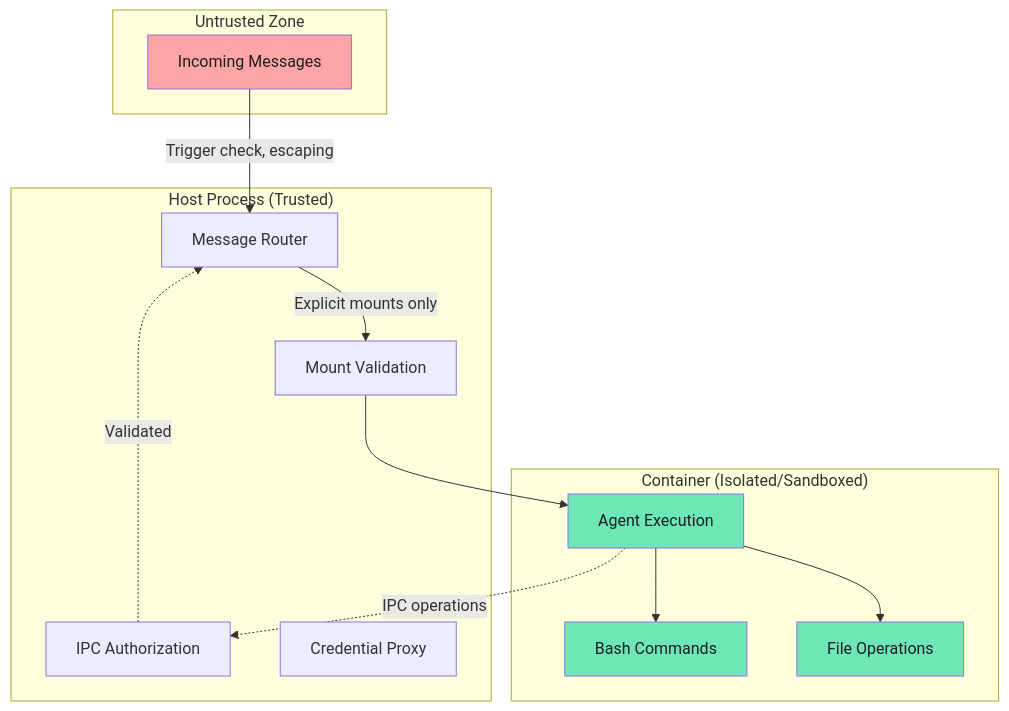
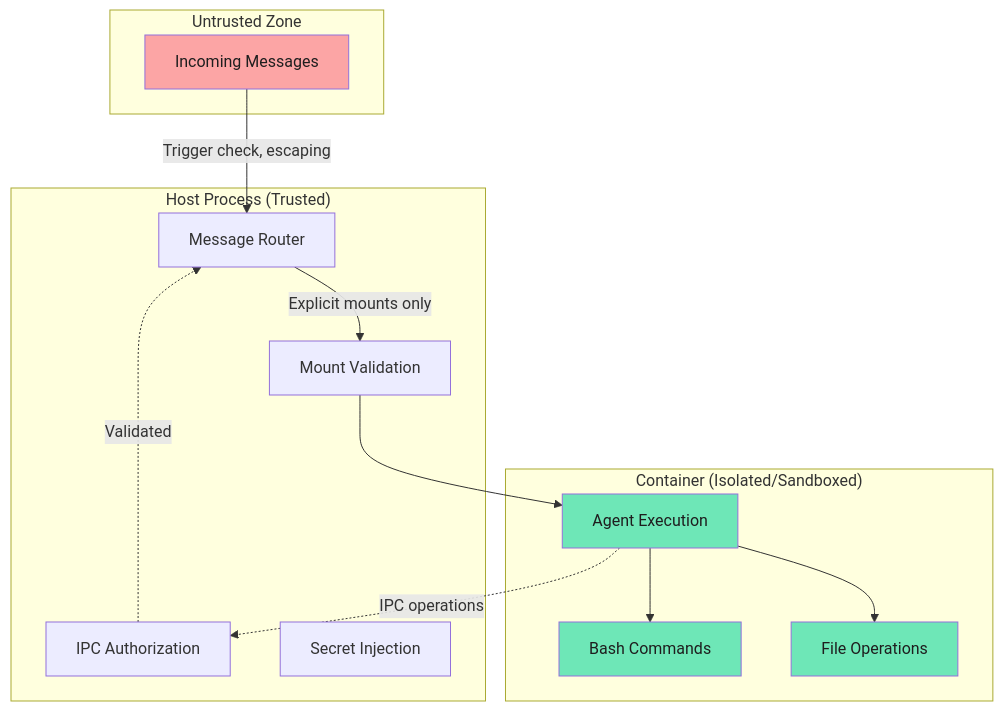
One commit to glifocat/nanoclaw-docs changed the diagram in concepts/security.mdx. Above: the diagram before and after it, drawn with Mermaid. The commit also changed other lines of this file, not shown here.

First line of the commit message:
docs: update credential handling section for OneCLI gateway (vX.Y.Z+)

````diff
--- a/concepts/security.mdx
+++ b/concepts/security.mdx
@@ -36,32 +36,32 @@
 ```mermaid
 graph TB
     subgraph "Untrusted Zone"
         MSG[Incoming Messages]
     end
 
     subgraph "Host Process (Trusted)"
         RT[Message Router]
         IPC[IPC Authorization]
         MV[Mount Validation]
-        CF[Credential Proxy]
+        CF[Secret Injection]
     end
 
     subgraph "Container (Isolated/Sandboxed)"
         AG[Agent Execution]
         BA[Bash Commands]
         FO[File Operations]
     end
 
     MSG -->|Trigger check, escaping| RT
     RT -->|Explicit mounts only| MV
     MV --> AG
     AG -.->|IPC operations| IPC
     IPC -.->|Validated| RT
     AG --> BA
     AG --> FO
 
     style MSG fill:#fca5a5,color:#1e1e1e
     style AG fill:#6ee7b7,color:#1e1e1e
     style BA fill:#6ee7b7,color:#1e1e1e
     style FO fill:#6ee7b7,color:#1e1e1e
 ```
````
